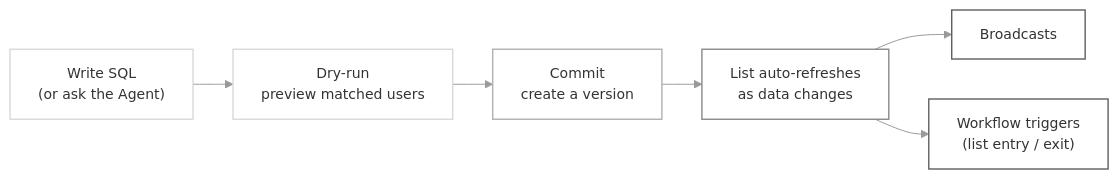
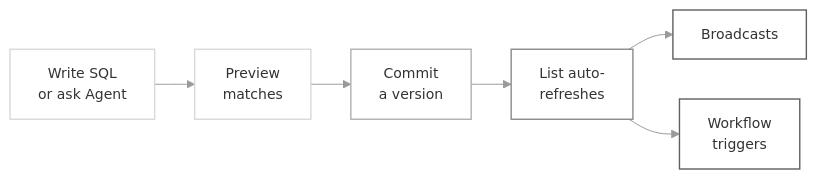
One commit to suprsend/documentation changed the diagram in docs/segment-lists.mdx. Above: the diagram before and after it, drawn with Mermaid. The commit also changed other lines of this file and 29 other files, not shown here.

First line of the commit message:
add Segment Lists SQL reference, dry-run API pages, and polish

````diff
--- a/docs/segment-lists.mdx
+++ b/docs/segment-lists.mdx
@@ -18,18 +19,18 @@
 ```mermaid
 %%{init: {'theme':'base','themeVariables':{'fontSize':'14px','fontFamily':'ui-sans-serif, system-ui, sans-serif','lineColor':'#9a9a9a'},'flowchart':{'padding':14,'nodeSpacing':40,'rankSpacing':40}}}%%
 flowchart LR
-    A["Write SQL<br/>(or ask the Agent)"] --> B["Dry-run<br/>preview matched users"]
-    B --> C["Commit<br/>create a version"]
-    C --> D["List auto-refreshes<br/>as data changes"]
+    A["Write SQL<br/>or ask Agent"] --> B["Preview<br/>matches"]
+    B --> C["Commit<br/>a version"]
+    C --> D["List auto-<br/>refreshes"]
     D --> E["Broadcasts"]
-    D --> F["Workflow triggers<br/>(list entry / exit)"]
+    D --> F["Workflow<br/>triggers"]
 
     classDef s1 fill:transparent,stroke:#d9d9d9,stroke-width:1.4px;
     classDef s2 fill:transparent,stroke:#b0b0b0,stroke-width:1.4px;
     classDef s3 fill:transparent,stroke:#8a8a8a,stroke-width:1.4px;
     classDef s4 fill:transparent,stroke:#5f5f5f,stroke-width:1.4px;
     class A,B s1;
     class C s2;
     class D s3;
     class E,F s4;
 ```
````
